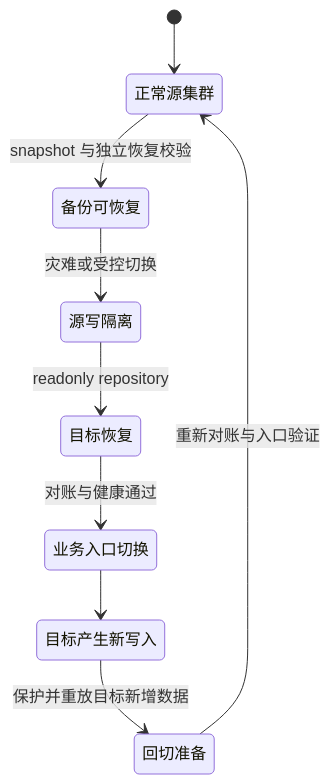
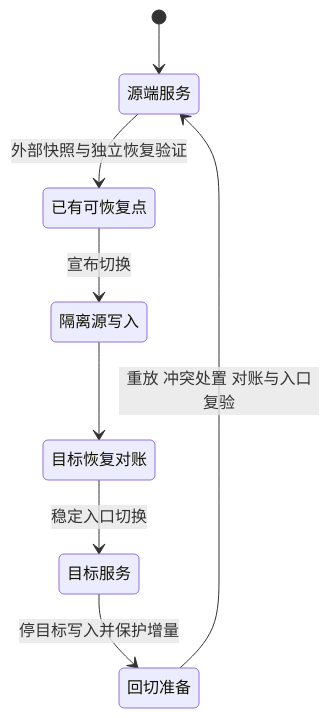
One commit to brinnatt/kubeauto changed the ninth of 9 diagrams in docs/middleware/elasticsearch/technical-whitepaper.md. Above: the diagram before and after it, drawn with Mermaid. The commit also changed other lines of this file and 9 other files, not shown here.

````diff
--- a/docs/middleware/elasticsearch/technical-whitepaper.md
+++ b/docs/middleware/elasticsearch/technical-whitepaper.md
@@ -217,11 +363,10 @@
 ```mermaid
 stateDiagram-v2
-    [*] --> 正常源集群
-    正常源集群 --> 备份可恢复: snapshot 与独立恢复校验
-    备份可恢复 --> 源写隔离: 灾难或受控切换
-    源写隔离 --> 目标恢复: readonly repository
-    目标恢复 --> 业务入口切换: 对账与健康通过
-    业务入口切换 --> 目标产生新写入
-    目标产生新写入 --> 回切准备: 保护并重放目标新增数据
-    回切准备 --> 正常源集群: 重新对账与入口验证
+    [*] --> 源端服务
+    源端服务 --> 已有可恢复点: 外部快照与独立恢复验证
+    已有可恢复点 --> 隔离源写入: 宣布切换
+    隔离源写入 --> 目标恢复对账
+    目标恢复对账 --> 目标服务: 稳定入口切换
+    目标服务 --> 回切准备: 停目标写入并保护增量
+    回切准备 --> 源端服务: 重放 冲突处置 对账与入口复验
 ```
````
